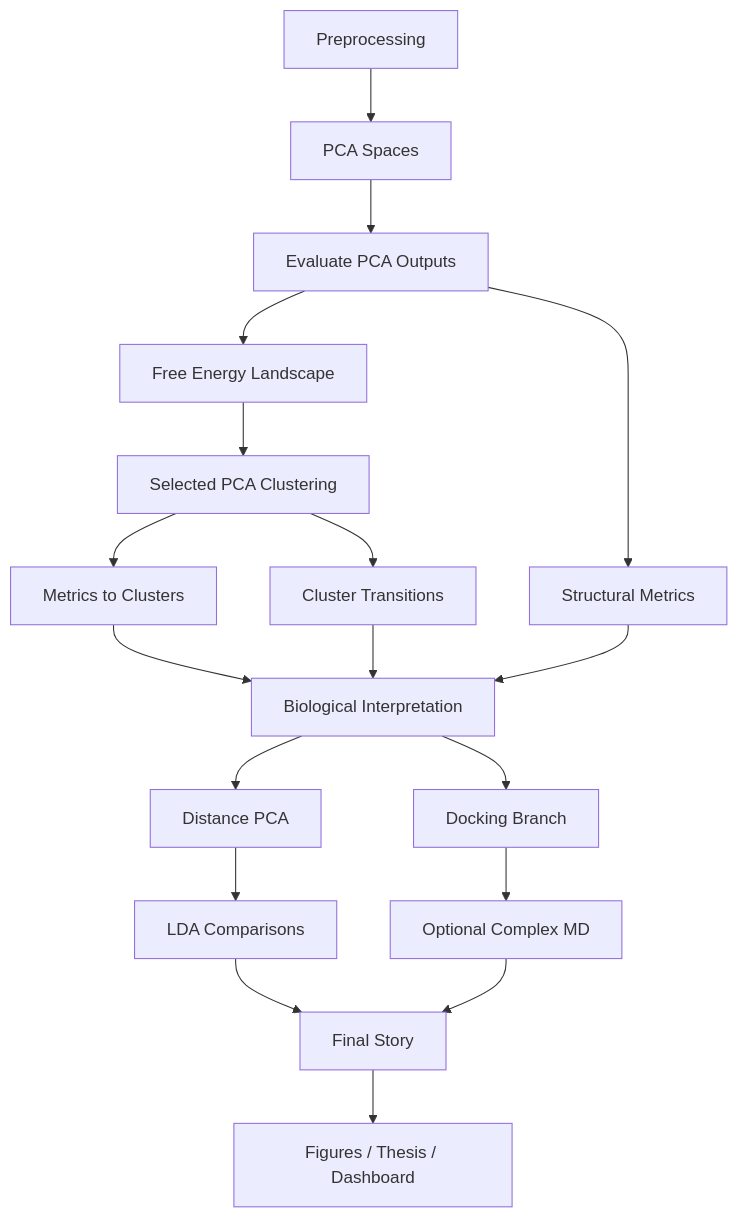
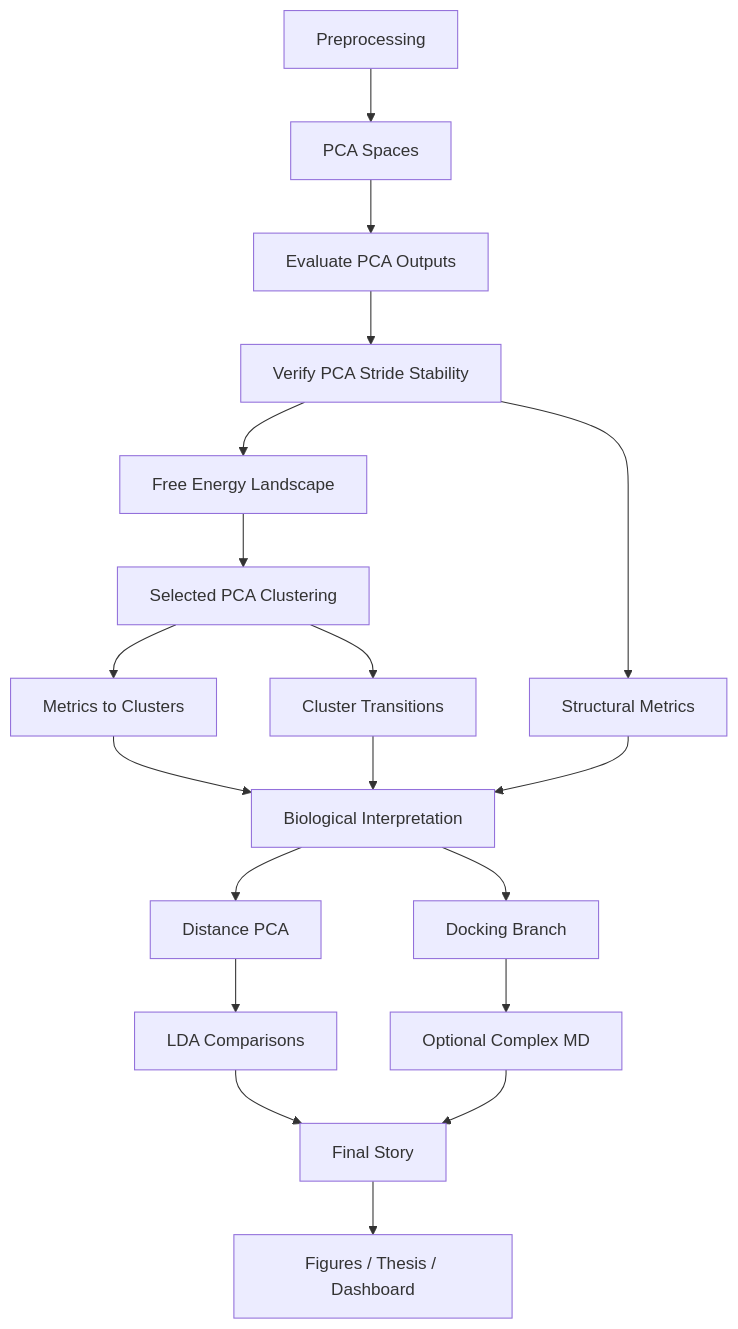
One commit to snowwhitelily/Molecular_Dynamics_analysis changed the diagram in docs/ROS1_pipeline_flowchart.md. Above: the diagram before and after it, drawn with Mermaid. The commit also changed other lines of this file and 3 other files, not shown here.

Commit message:
Update docs for PCA stride validation workflow

````diff
--- a/docs/ROS1_pipeline_flowchart.md
+++ b/docs/ROS1_pipeline_flowchart.md
@@ -31,20 +33,29 @@
 ```mermaid
 flowchart TD
     A[Preprocessing] --> B[PCA Spaces]
     B --> C[Evaluate PCA Outputs]
-    C --> D[Structural Metrics]
-    C --> E[Free Energy Landscape]
+
+    C --> V[Verify PCA Stride Stability]
+
+    V --> D[Structural Metrics]
+    V --> E[Free Energy Landscape]
+
     E --> F[Selected PCA Clustering]
     F --> G[Metrics to Clusters]
     F --> H[Cluster Transitions]
+
     G --> I[Biological Interpretation]
     H --> I
     D --> I
+
     I --> J[Distance PCA]
     J --> K[LDA Comparisons]
+
     I --> L[Docking Branch]
     L --> M[Optional Complex MD]
+
     K --> N[Final Story]
     M --> N
+
     N --> O[Figures / Thesis / Dashboard]
 ```
````
